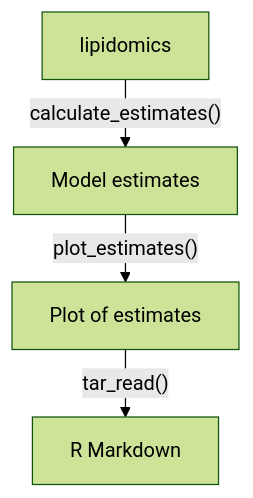
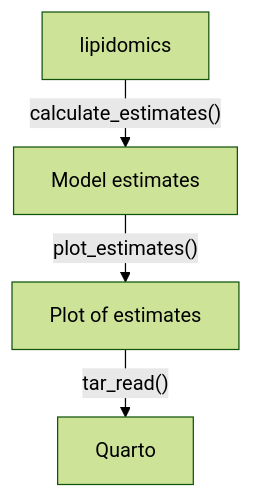
Before and after one commit to rostools/r-cubed-advanced: the third of 4 diagrams in sessions/stats-analyses-basic.qmd, drawn with Mermaid. The commit also changed other lines of this file and 7 other files, not shown here.

````diff
--- a/sessions/stats-analyses-basic.qmd
+++ b/sessions/stats-analyses-basic.qmd
@@ -247,13 +247,13 @@
 ```{mermaid fig-model-possible-targets}
 %%| label: fig-model-possible-targets
 %%| fig-cap: Potential inputs, outputs, and functions for the targets pipeline.
 %%| echo: false
 %%| eval: true
 %%{init:{'theme':'forest', 'flowchart':{'nodeSpacing': 20, 'rankSpacing': 30}}}%%
 graph TB
     lipidomics -- "calculate_estimates()" --> model_est[Model estimates]
     model_est -- "plot_estimates()" --> plot_est[Plot of estimates]
-    plot_est -- "tar_read()" --> rmd[R Markdown]
+    plot_est -- "tar_read()" --> qmd[Quarto]
     
 linkStyle 0,1,2 stroke-width:1px;
 ```
````
